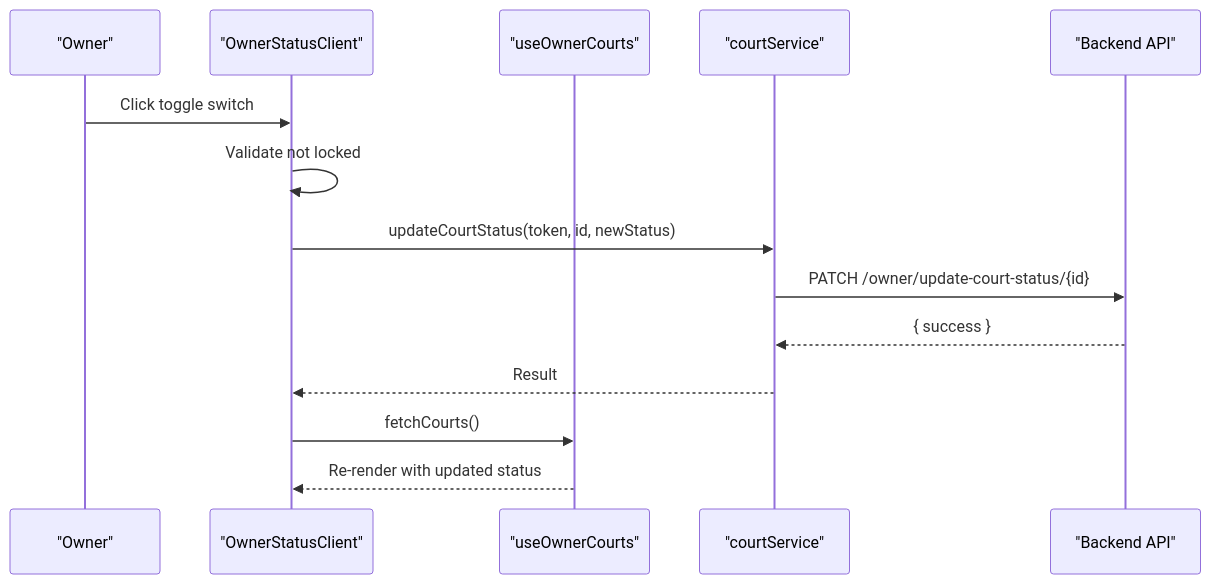
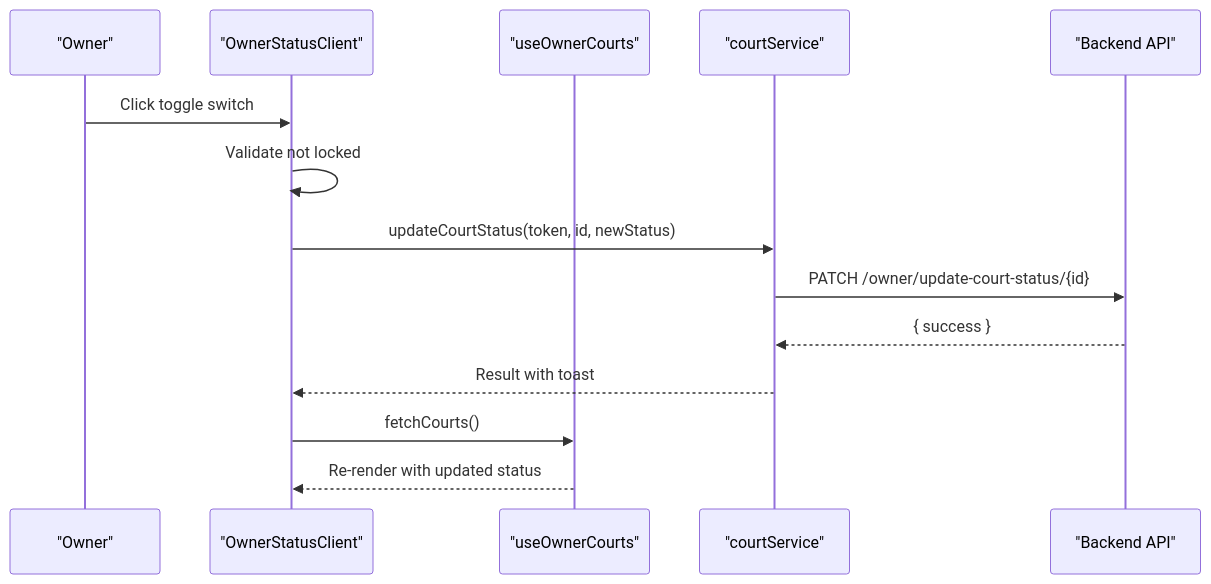
Before and after one commit to nguyencongtrung2001/Do-An: the sixth of 9 diagrams in .qoder/repowiki/en/content/Feature Components & UI/Owner Dashboard UI.md, drawn with Mermaid. The commit also changed other lines of this file and 12 other files, not shown here.

````diff
--- a/.qoder/repowiki/en/content/Feature Components & UI/Owner Dashboard UI.md
+++ b/.qoder/repowiki/en/content/Feature Components & UI/Owner Dashboard UI.md
@@ -301,16 +335,16 @@
 ```mermaid
 sequenceDiagram
 participant Owner as "Owner"
 participant Comp as "OwnerStatusClient"
 participant Hook as "useOwnerCourts"
 participant Service as "courtService"
 participant API as "Backend API"
 Owner->>Comp : Click toggle switch
 Comp->>Comp : Validate not locked
 Comp->>Service : updateCourtStatus(token, id, newStatus)
 Service->>API : PATCH /owner/update-court-status/{id}
 API-->>Service : { success }
-Service-->>Comp : Result
+Service-->>Comp : Result with toast
 Comp->>Hook : fetchCourts()
 Hook-->>Comp : Re-render with updated status
 ```
````
